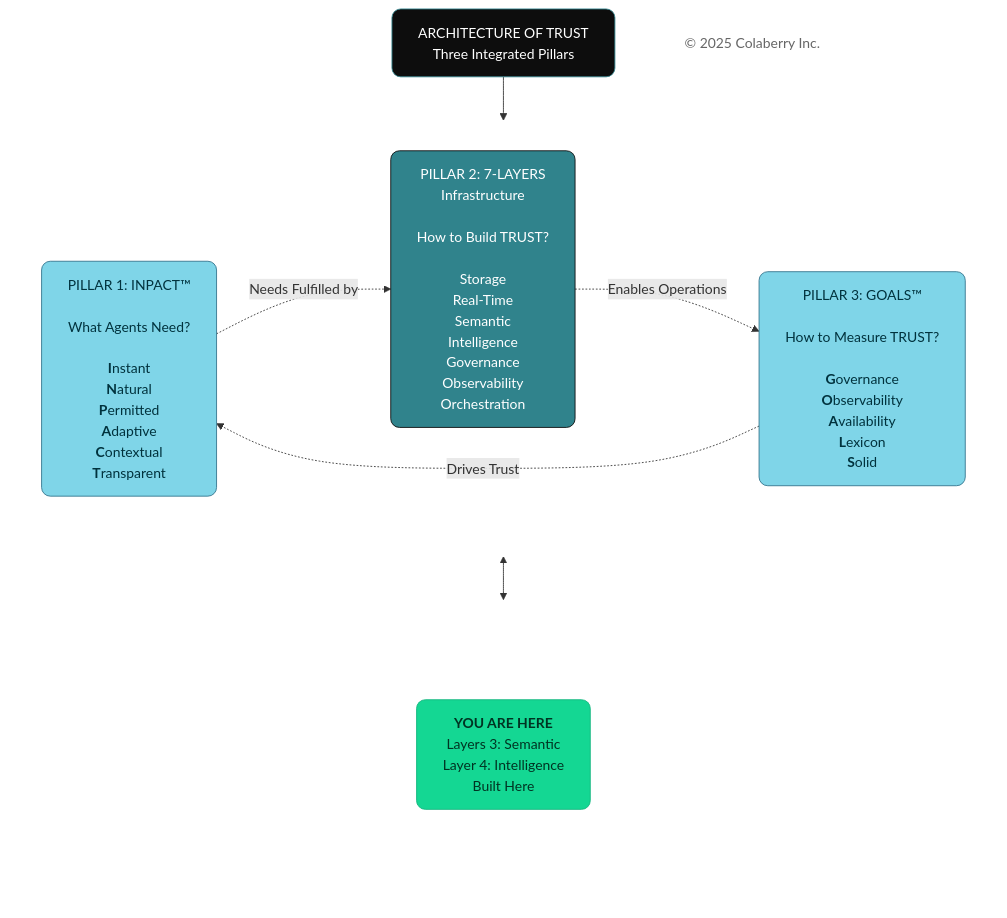
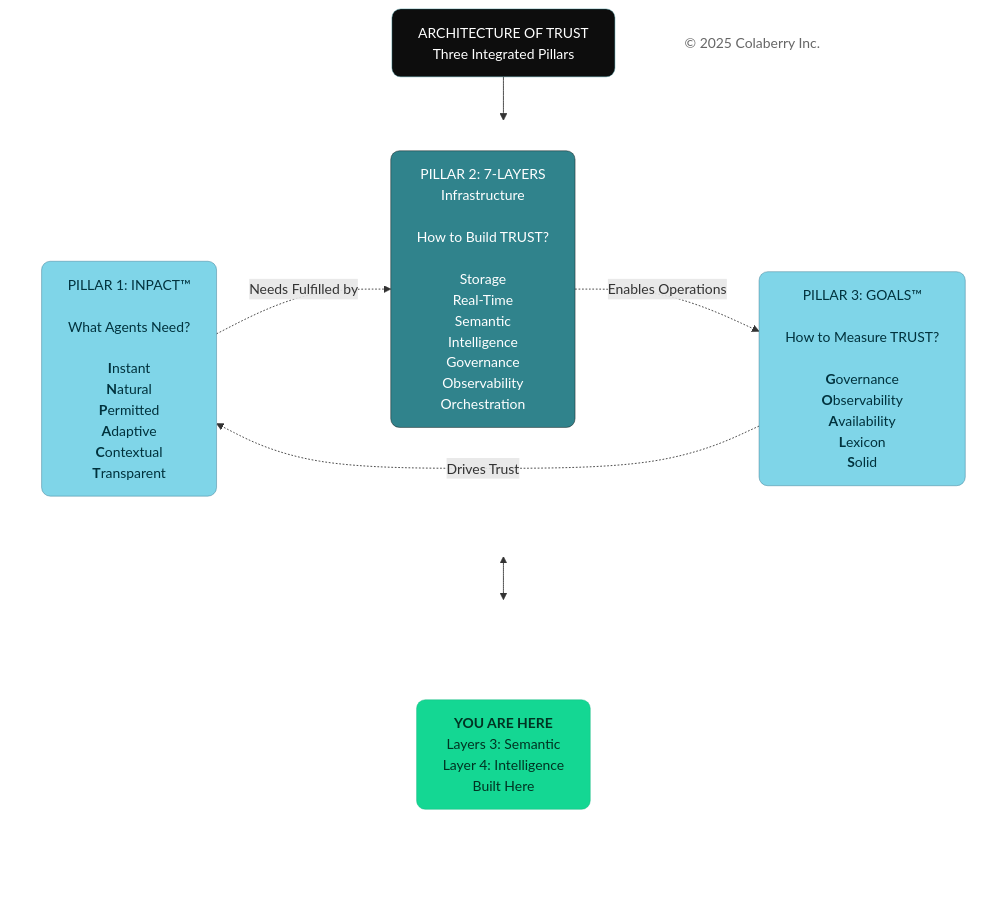
Before and after one commit to saitejesh-cyber/trust-before-intelligence-book: the second of 13 diagrams in manuscript/06_chapter_5_intelligence_layers.md, drawn with Mermaid. The commit also changed other lines of this file and 12 other files, not shown here.

Commit message:
Update stroke width to 0.5px instead of 1px to all the diagrams

````diff
--- a/manuscript/06_chapter_5_intelligence_layers.md
+++ b/manuscript/06_chapter_5_intelligence_layers.md
@@ -52,46 +52,46 @@
 ```mermaid
 
 
 graph TB
     Title["ARCHITECTURE OF TRUST<br/>Three Integrated Pillars"]
     
     subgraph PILLARS[" "]
         direction LR
         INPACT["`PILLAR 1: INPACT™<br/><br/>What Agents Need?<br/><br/>**I**nstant<br/>**N**atural<br/>**P**ermitted<br/>**A**daptive<br/>**C**ontextual<br/>**T**ransparent`"]
         
         Layers["PILLAR 2: 7-LAYERS<br/>Infrastructure<br/><br/>How to Build TRUST?<br/><br/>Storage<br/>Real-Time<br/>Semantic<br/>Intelligence<br/>Governance<br/>Observability<br/>Orchestration"]
         
         GOALS["`PILLAR 3: GOALS™<br/><br/>How to Measure TRUST?<br/><br/>**G**overnance<br/>**O**bservability<br/>**A**vailability<br/>**L**exicon<br/>**S**olid`"]
     end
     
     subgraph INDICATOR[" "]
         direction LR
         Spacer1[" "]
         YouAreHere["<b>YOU ARE HERE</b><br/>Layers 3: Semantic <br/> Layer 4: Intelligence<br/> Built Here"]
         Spacer2[" "]
     end
     
     Copyright["© 2025 Colaberry Inc."]
     
     Title --> PILLARS
     PILLARS <--> INDICATOR
     
     INPACT -.->|"Needs Fulfilled by"| Layers
     Layers -.->|"Enables Operations"| GOALS
     GOALS -.->|"Drives Trust"| INPACT
 
-    style Title fill:#0D0D0D,color:#ffffff,stroke:#30838C,stroke-width:1px,rx:10,ry:10
+    style Title fill:#0D0D0D,color:#ffffff,stroke:#30838C,stroke-width:0.5px,rx:10,ry:10
     style PILLARS fill:none,stroke:none,rx:10,ry:10
     style INDICATOR fill:none,stroke:none,rx:10,ry:10
-    style INPACT fill:#7FD5E8,stroke:#32738C,stroke-width:1px,color:#00323D,rx:10,ry:10
-    style Layers fill:#30838C,stroke:#0D0D0D,stroke-width:1px,color:#ffffff,rx:10,ry:10
-    style GOALS fill:#7FD5E8,stroke:#32738C,stroke-width:1px,color:#00323D,rx:10,ry:10
+    style INPACT fill:#7FD5E8,stroke:#32738C,stroke-width:0.5px,color:#00323D,rx:10,ry:10
+    style Layers fill:#30838C,stroke:#0D0D0D,stroke-width:0.5px,color:#ffffff,rx:10,ry:10
+    style GOALS fill:#7FD5E8,stroke:#32738C,stroke-width:0.5px,color:#00323D,rx:10,ry:10
     style Spacer1 fill:none,stroke:none,color:transparent,rx:10,ry:10
-    style YouAreHere fill:#14D793,stroke:#0FB67D,stroke-width:1px,color:#003322,rx:10,ry:10
+    style YouAreHere fill:#14D793,stroke:#0FB67D,stroke-width:0.5px,color:#003322,rx:10,ry:10
     style Spacer2 fill:none,stroke:none,color:transparent,rx:10,ry:10
     style Copyright fill:none,stroke:none,color:#666666
 
 
 
 
 ```
````
